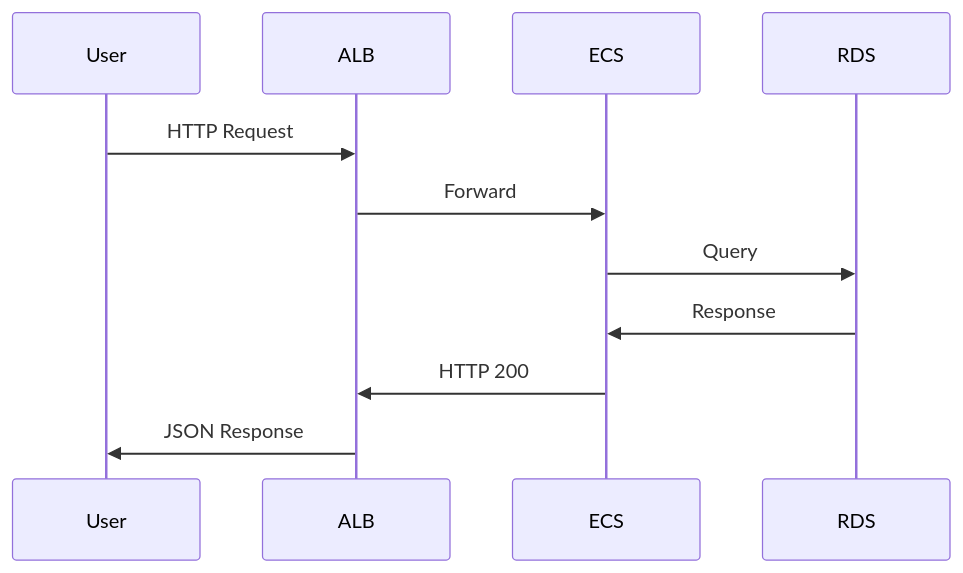
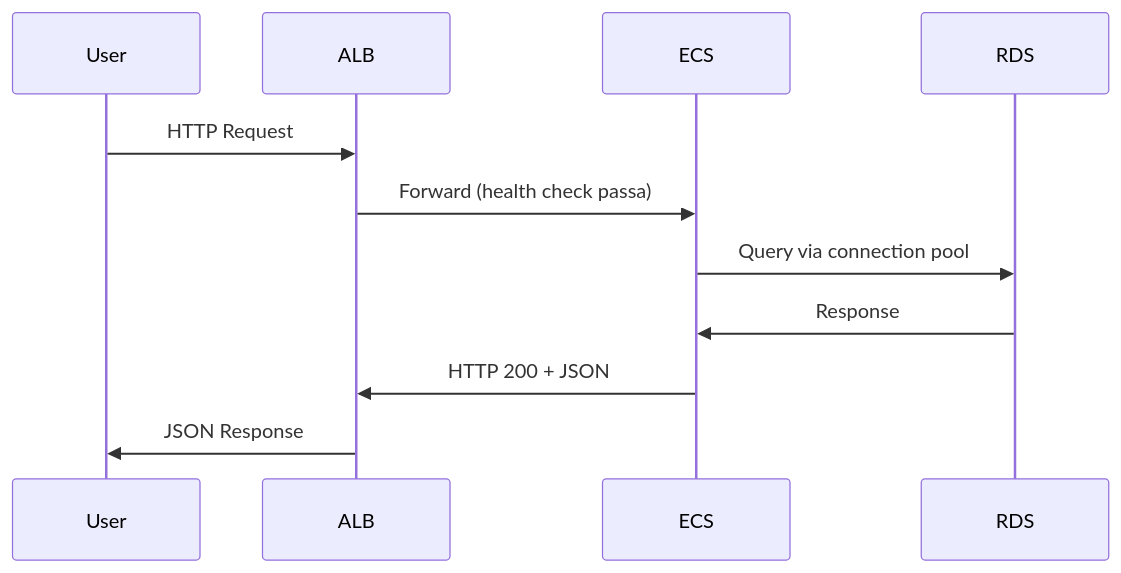
One commit to enkumamoto/cdk_infra_test changed the fourth of 6 diagrams in README.md. Above: the diagram before and after it, drawn with Mermaid. The commit also changed other lines of this file and 9 other files, not shown here.

````diff
--- a/README.md
+++ b/README.md
@@ -289,14 +393,14 @@
 ```mermaid
 sequenceDiagram
     participant User
     participant ALB
     participant ECS
     participant RDS
 
     User->>ALB: HTTP Request
-    ALB->>ECS: Forward
-    ECS->>RDS: Query
+    ALB->>ECS: Forward (health check passa)
+    ECS->>RDS: Query via connection pool
     RDS->>ECS: Response
-    ECS->>ALB: HTTP 200
+    ECS->>ALB: HTTP 200 + JSON
     ALB->>User: JSON Response
 ```
````
